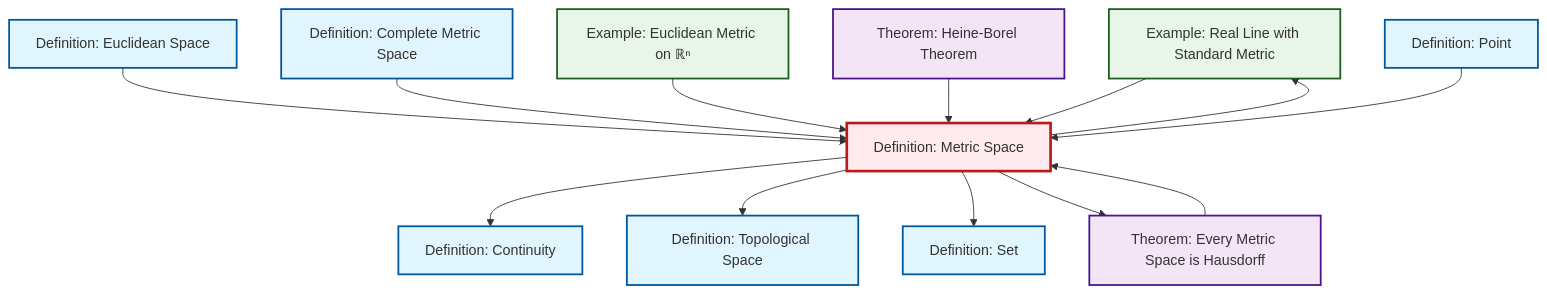
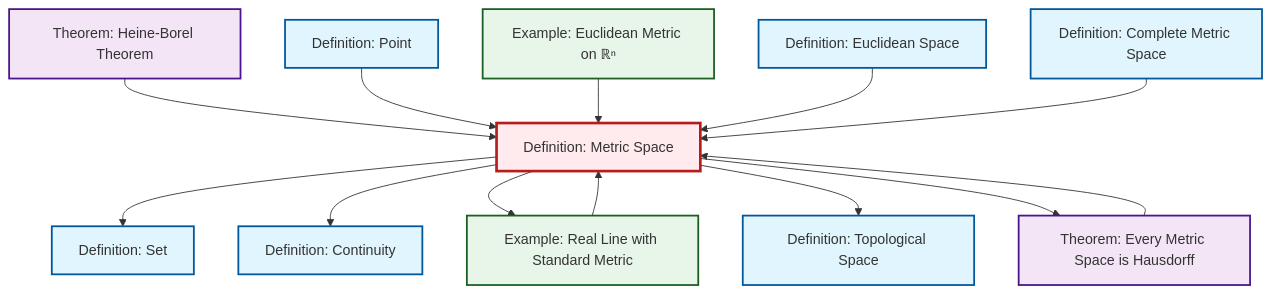
One commit to RK0429/ModernMath changed the diagram in output/mermaid/def-metric-space.mermaid. Above: the diagram before and after it, drawn with Mermaid. The commit also changed other lines of this file and 1190 other files, not shown here.

````diff
--- a/output/mermaid/def-metric-space.mermaid
+++ b/output/mermaid/def-metric-space.mermaid
@@ -1,33 +1,33 @@
 ```{mermaid}
 %%| fig-cap: "Local dependency graph"
 graph TD
     classDef definition fill:#e1f5fe,stroke:#01579b,stroke-width:2px
     classDef theorem fill:#f3e5f5,stroke:#4a148c,stroke-width:2px
     classDef axiom fill:#fff3e0,stroke:#e65100,stroke-width:2px
     classDef example fill:#e8f5e9,stroke:#1b5e20,stroke-width:2px
     classDef current fill:#ffebee,stroke:#b71c1c,stroke-width:3px
-    ex-real-line-metric["Example: Real Line with Standard Metric"]:::example
-    def-euclidean-space["Definition: Euclidean Space"]:::definition
     thm-heine-borel["Theorem: Heine-Borel Theorem"]:::theorem
-    def-metric-space["Definition: Metric Space"]:::definition
+    def-point["Definition: Point"]:::definition
+    def-topological-space["Definition: Topological Space"]:::definition
     def-continuity["Definition: Continuity"]:::definition
     ex-euclidean-metric["Example: Euclidean Metric on ℝⁿ"]:::example
+    def-metric-space["Definition: Metric Space"]:::definition
+    def-complete-metric-space["Definition: Complete Metric Space"]:::definition
+    def-set["Definition: Set"]:::definition
     thm-metric-hausdorff["Theorem: Every Metric Space is Hausdorff"]:::theorem
-    def-point["Definition: Point"]:::definition
-    def-set["Definition: Set"]:::definition
-    def-complete-metric-space["Definition: Complete Metric Space"]:::definition
-    def-topological-space["Definition: Topological Space"]:::definition
+    def-euclidean-space["Definition: Euclidean Space"]:::definition
+    ex-real-line-metric["Example: Real Line with Standard Metric"]:::example
+    def-metric-space --> def-set
+    thm-heine-borel --> def-metric-space
     thm-metric-hausdorff --> def-metric-space
-    def-metric-space --> def-continuity
-    def-euclidean-space --> def-metric-space
-    def-complete-metric-space --> def-metric-space
-    def-metric-space --> def-topological-space
-    ex-euclidean-metric --> def-metric-space
-    thm-heine-borel --> def-metric-space
-    def-metric-space --> ex-real-line-metric
     ex-real-line-metric --> def-metric-space
     def-point --> def-metric-space
-    def-metric-space --> def-set
+    ex-euclidean-metric --> def-metric-space
+    def-metric-space --> def-continuity
+    def-metric-space --> ex-real-line-metric
+    def-euclidean-space --> def-metric-space
+    def-metric-space --> def-topological-space
     def-metric-space --> thm-metric-hausdorff
+    def-complete-metric-space --> def-metric-space
     class def-metric-space current
 ```
````
